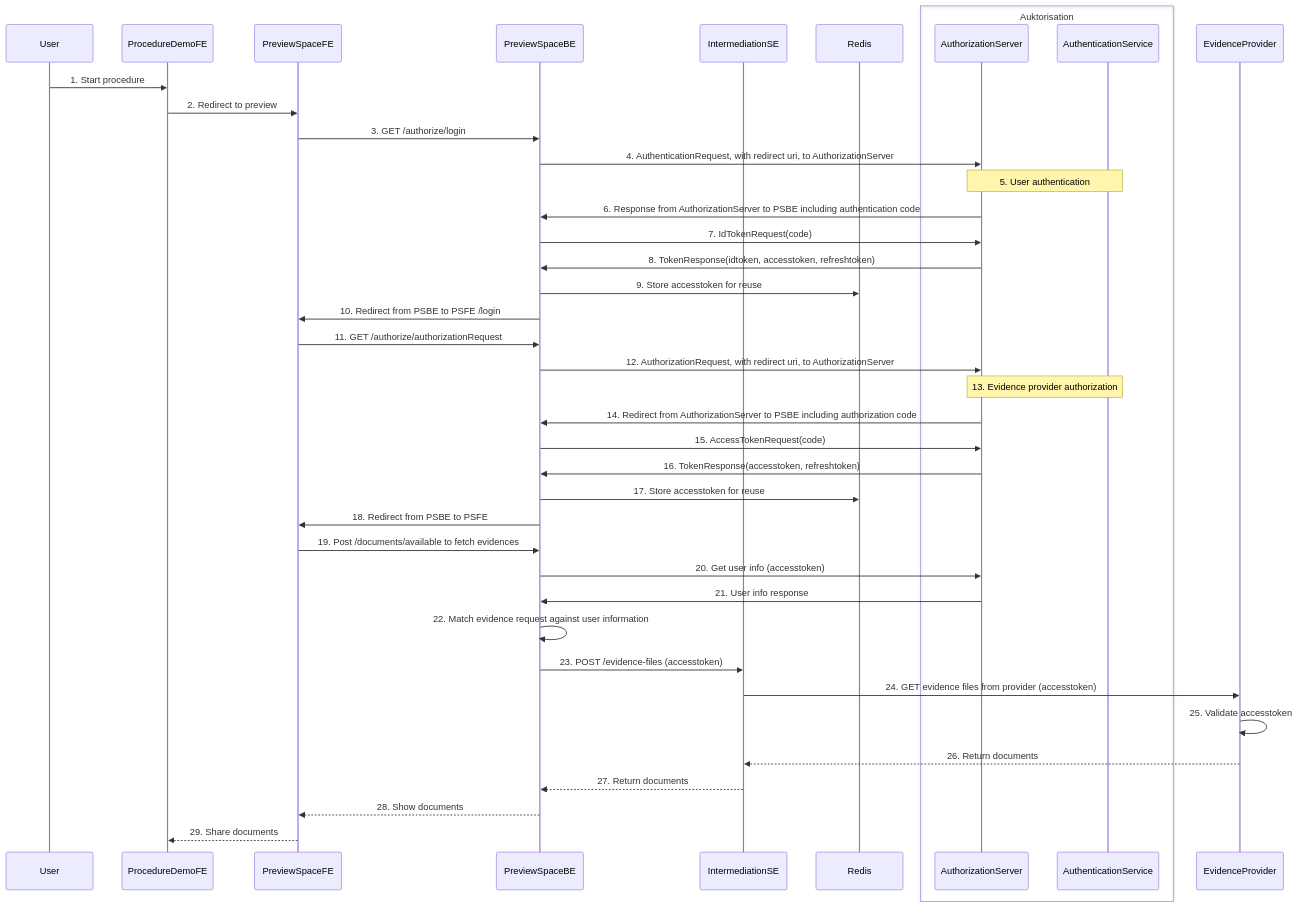
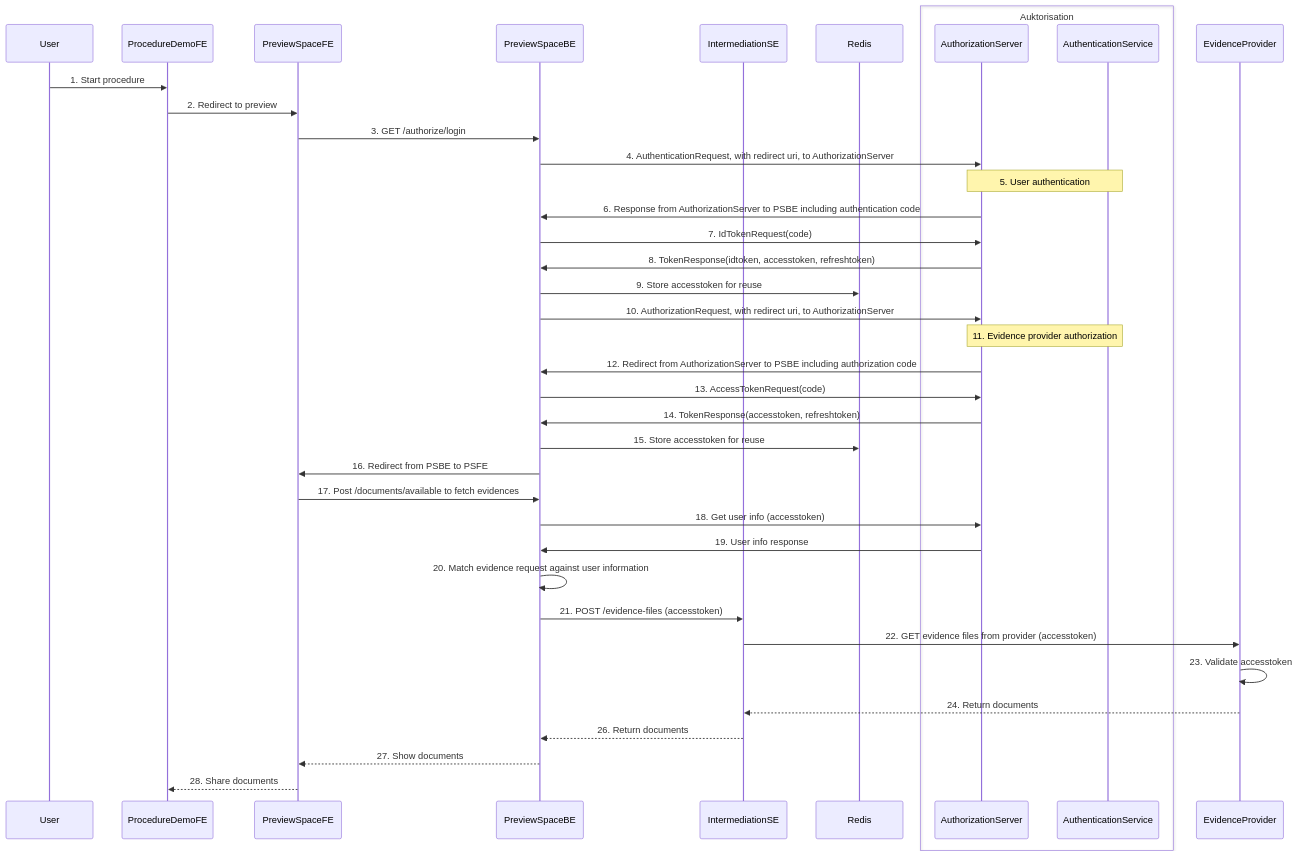
The second of 2 diagrams in README.md (diggsweden/sdg-intermediation-se), drawn with Mermaid before and after one commit. The commit also changed other lines of this file, not shown here.

Commit message:
Update sequence diagram

````diff
--- a/README.md
+++ b/README.md
@@ -26,45 +27,43 @@
 ```mermaid
 sequenceDiagram
     participant USR as User
     participant PDFE as ProcedureDemoFE
     participant PSFE as PreviewSpaceFE
     participant PSBE as PreviewSpaceBE
     participant IMSE as IntermediationSE
     participant RED as Redis
     box Auktorisation
     participant AS as AuthorizationServer
     participant ATS as AuthenticationService
     end
     participant EP as EvidenceProvider
 
     USR ->> PDFE: 1. Start procedure
     PDFE ->> PSFE: 2. Redirect to preview
     PSFE ->> PSBE: 3. GET /authorize/login
 
     PSBE ->> AS: 4. AuthenticationRequest, with redirect uri, to AuthorizationServer
     Note over AS,ATS: 5. User authentication
     AS ->> PSBE: 6. Response from AuthorizationServer to PSBE including authentication code
     PSBE ->> AS: 7. IdTokenRequest(code)
     AS ->> PSBE: 8. TokenResponse(idtoken, accesstoken, refreshtoken)
     PSBE ->> RED: 9. Store accesstoken for reuse
-    PSBE ->> PSFE: 10. Redirect from PSBE to PSFE /login
-    PSFE ->> PSBE: 11. GET /authorize/authorizationRequest
-    PSBE ->> AS: 12. AuthorizationRequest, with redirect uri, to AuthorizationServer
-    Note over AS,ATS: 13. Evidence provider authorization
-    AS ->> PSBE: 14. Redirect from AuthorizationServer to PSBE including authorization code
-    PSBE ->> AS: 15. AccessTokenRequest(code)
-    AS ->> PSBE: 16. TokenResponse(accesstoken, refreshtoken)
-    PSBE ->> RED: 17. Store accesstoken for reuse
-    PSBE ->> PSFE: 18. Redirect from PSBE to PSFE
-    PSFE ->> PSBE: 19. Post /documents/available to fetch evidences
-    PSBE ->> AS: 20. Get user info (accesstoken)
-    AS ->> PSBE: 21. User info response
-    PSBE ->> PSBE: 22. Match evidence request against user information
-    PSBE ->> IMSE: 23. POST /evidence-files (accesstoken)
-    IMSE ->> EP: 24. GET evidence files from provider (accesstoken)
-    EP ->> EP: 25. Validate accesstoken
-    EP -->> IMSE: 26. Return documents
-    IMSE -->> PSBE: 27. Return documents
-    PSBE -->> PSFE: 28. Show documents
-    PSFE -->> PDFE: 29. Share documents
+    PSBE ->> AS: 10. AuthorizationRequest, with redirect uri, to AuthorizationServer
+    Note over AS,ATS: 11. Evidence provider authorization
+    AS ->> PSBE: 12. Redirect from AuthorizationServer to PSBE including authorization code
+    PSBE ->> AS: 13. AccessTokenRequest(code)
+    AS ->> PSBE: 14. TokenResponse(accesstoken, refreshtoken)
+    PSBE ->> RED: 15. Store accesstoken for reuse
+    PSBE ->> PSFE: 16. Redirect from PSBE to PSFE
+    PSFE ->> PSBE: 17. Post /documents/available to fetch evidences
+    PSBE ->> AS: 18. Get user info (accesstoken)
+    AS ->> PSBE: 19. User info response
+    PSBE ->> PSBE: 20. Match evidence request against user information
+    PSBE ->> IMSE: 21. POST /evidence-files (accesstoken)
+    IMSE ->> EP: 22. GET evidence files from provider (accesstoken)
+    EP ->> EP: 23. Validate accesstoken
+    EP -->> IMSE: 24. Return documents
+    IMSE -->> PSBE: 26. Return documents
+    PSBE -->> PSFE: 27. Show documents
+    PSFE -->> PDFE: 28. Share documents
 ```
````
